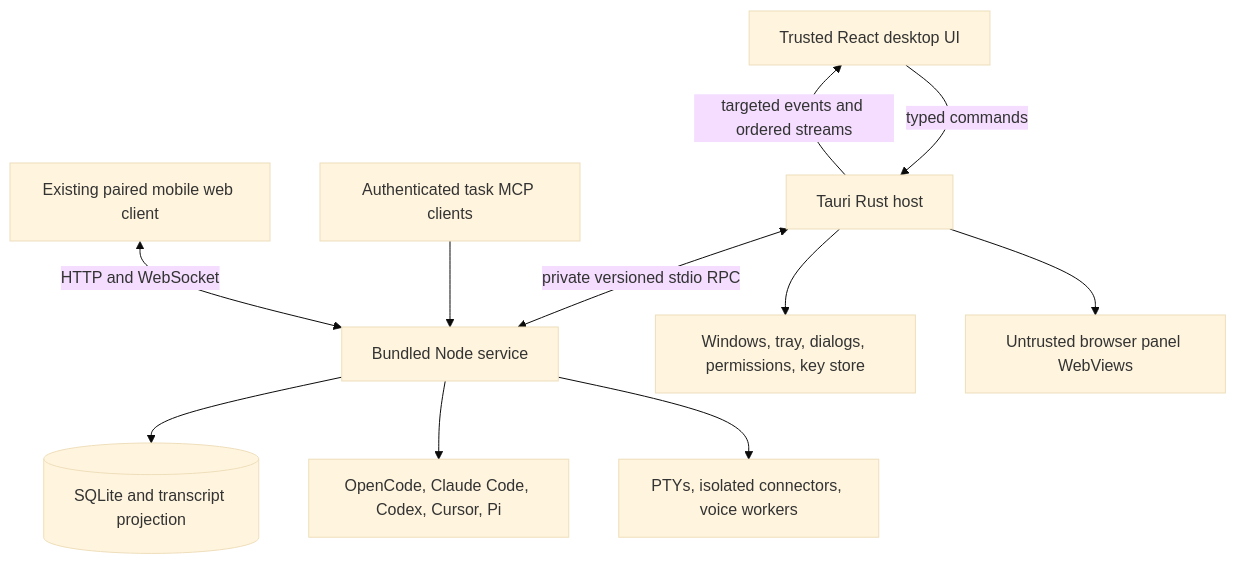
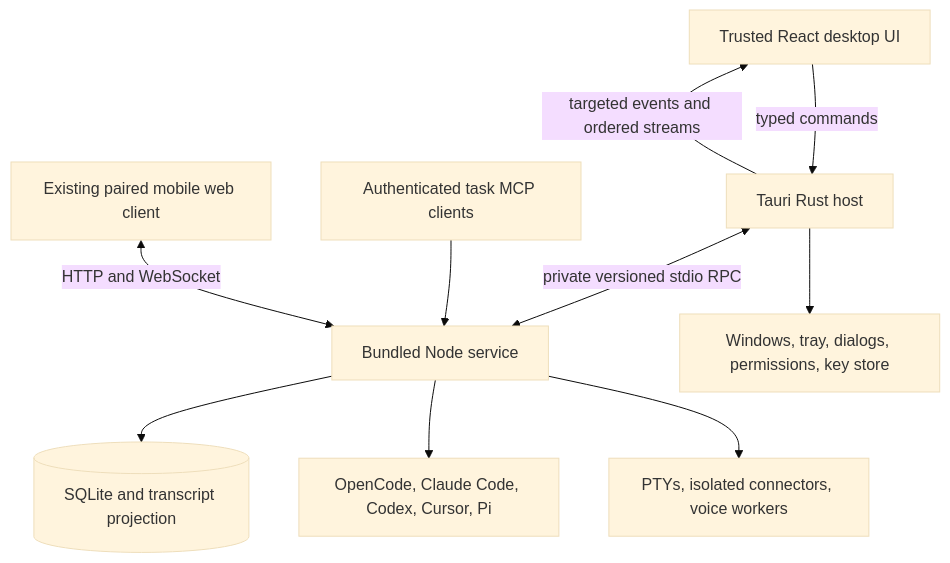
Before and after one commit to krazyjakee/21x: the diagram in docs/tauri-migration/architecture.md, drawn with Mermaid (base theme). The commit also changed other lines of this file and 11 other files, not shown here.

````diff
--- a/docs/tauri-migration/architecture.md
+++ b/docs/tauri-migration/architecture.md
@@ -9,13 +9,12 @@
 ```mermaid
 flowchart TB
     UI[Trusted React desktop UI] -->|typed commands| Host[Tauri Rust host]
     Host -->|targeted events and ordered streams| UI
     Host <-->|private versioned stdio RPC| Engine[Bundled Node service]
     Host --> Native[Windows, tray, dialogs, permissions, key store]
-    Host --> Panels[Untrusted browser panel WebViews]
     Engine --> DB[(SQLite and transcript projection)]
     Engine --> Agents[OpenCode, Claude Code, Codex, Cursor, Pi]
     Engine --> Workers[PTYs, isolated connectors, voice workers]
     MCP[Authenticated task MCP clients] --> Engine
     Mobile[Existing paired mobile web client] <-->|HTTP and WebSocket| Engine
 ```
````
